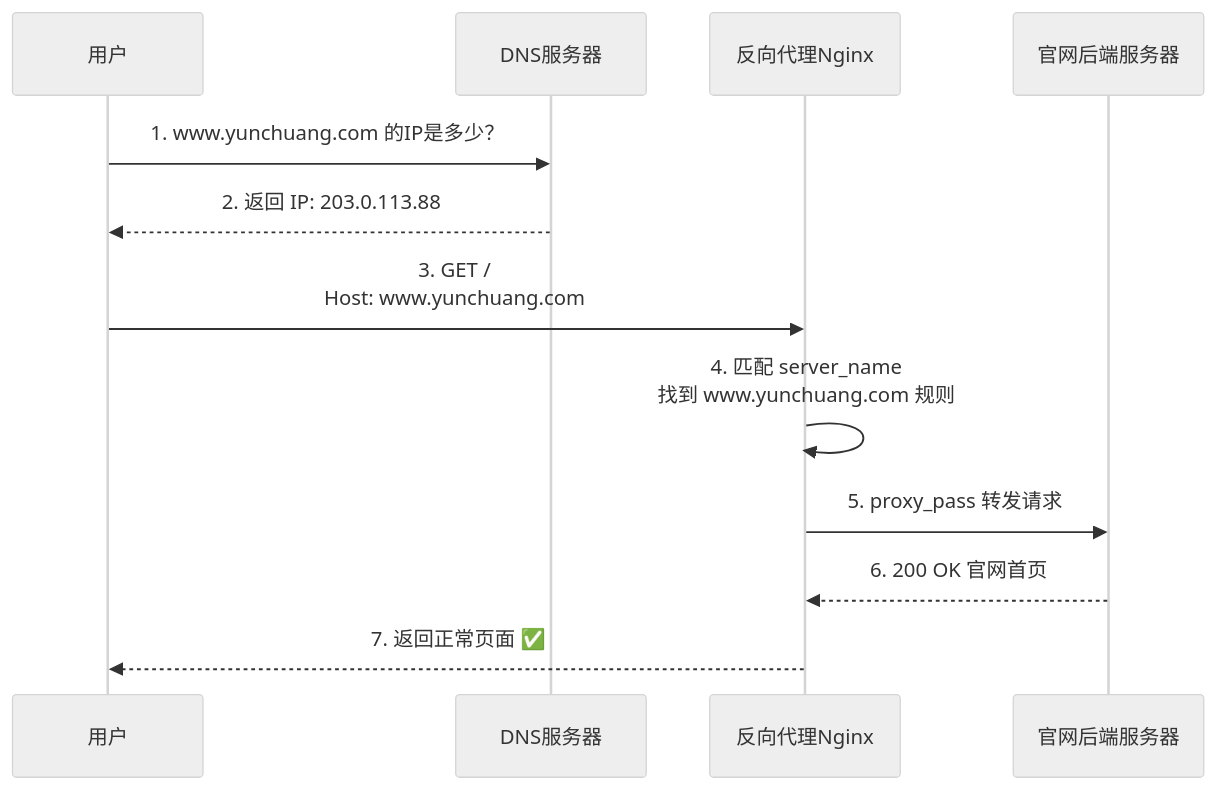
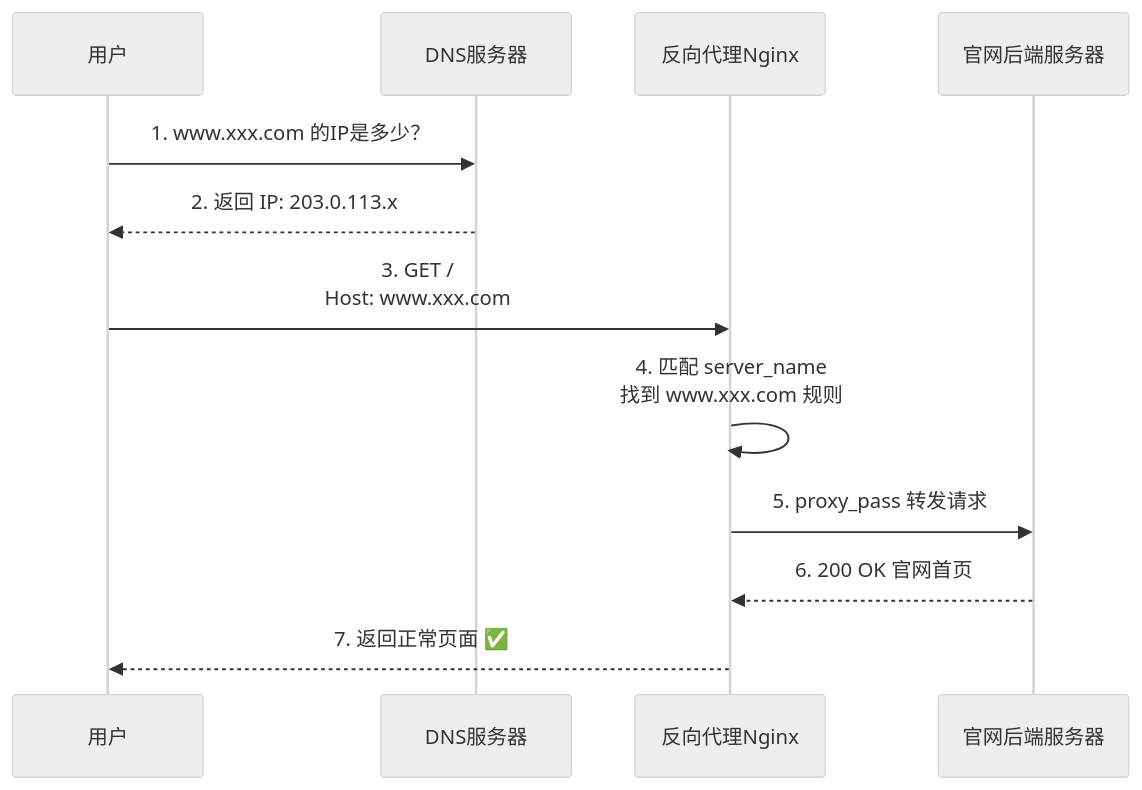
The first of 3 diagrams in src/perm/Host碰撞攻击原理与实战场景分析.md (youze27/blog), drawn with Mermaid (neutral theme) before and after one commit. The commit also changed other lines of this file, not shown here.

````diff
--- a/src/perm/Host碰撞攻击原理与实战场景分析.md
+++ b/src/perm/Host碰撞攻击原理与实战场景分析.md
@@ -36,15 +36,15 @@
 ```mermaid
 sequenceDiagram
     participant 用户
     participant DNS服务器
     participant 反向代理Nginx
     participant 官网后端服务器
 
-    用户->>DNS服务器: 1. www.yunchuang.com 的IP是多少？
-    DNS服务器-->>用户: 2. 返回 IP: 203.0.113.88
-    用户->>反向代理Nginx: 3. GET /<br/>Host: www.yunchuang.com
-    反向代理Nginx->>反向代理Nginx: 4. 匹配 server_name<br/>找到 www.yunchuang.com 规则
+    用户->>DNS服务器: 1. www.xxx.com 的IP是多少？
+    DNS服务器-->>用户: 2. 返回 IP: 203.0.113.x
+    用户->>反向代理Nginx: 3. GET /<br/>Host: www.xxx.com
+    反向代理Nginx->>反向代理Nginx: 4. 匹配 server_name<br/>找到 www.xxx.com 规则
     反向代理Nginx->>官网后端服务器: 5. proxy_pass 转发请求
     官网后端服务器-->>反向代理Nginx: 6. 200 OK 官网首页
     反向代理Nginx-->>用户: 7. 返回正常页面 ✅
 ```
````
